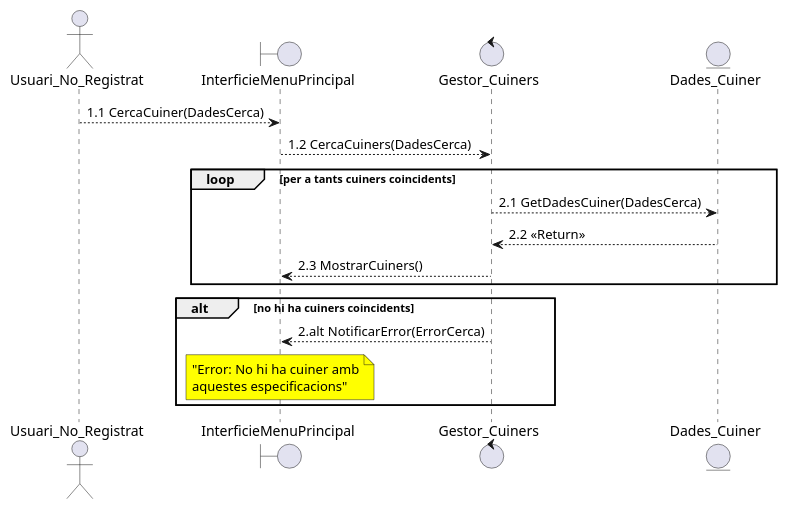
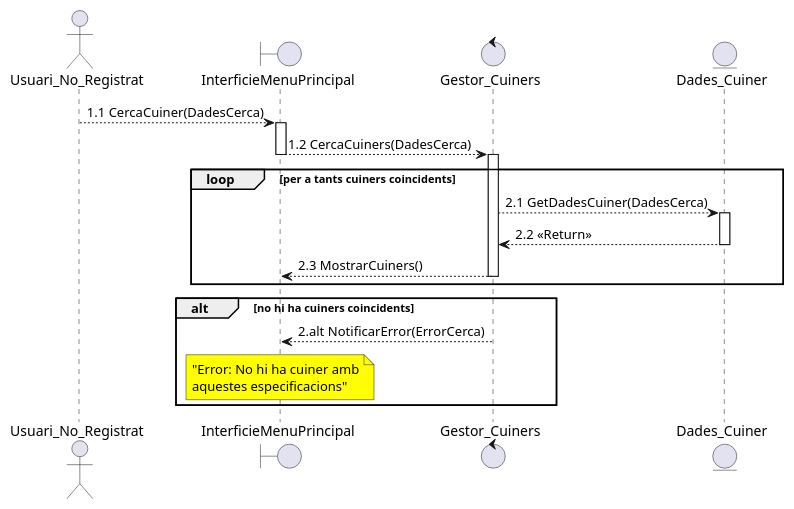
One commit to martipages/ES23UAB431-02 changed the diagram in documents/Diagrames i Especificacions/Seqüencia/ALEJANDRO/Cercar Cuiner.puml. Above: the diagram before and after it, drawn with PlantUML. The commit also changed 5 other files, not shown here.

```diff
--- a/documents/Diagrames i Especificacions/Seqüencia/ALEJANDRO/Cercar Cuiner.puml
+++ b/documents/Diagrames i Especificacions/Seqüencia/ALEJANDRO/Cercar Cuiner.puml
@@ -1,26 +1,23 @@
 @startuml
 
 actor Usuari_No_Registrat as UsuariN
 boundary InterficieMenuPrincipal as interficie
 
 control Gestor_Cuiners as gestor
 entity Dades_Cuiner as cuiner
 
-UsuariN --> interficie : 1.1 CercaCuiner(DadesCerca)
-interficie --> gestor : 1.2 CercaCuiners(DadesCerca)
+UsuariN --> interficie ++: 1.1 CercaCuiner(DadesCerca)
+interficie --> gestor --++: 1.2 CercaCuiners(DadesCerca)
 
 loop per a tants cuiners coincidents
-gestor --> cuiner : 2.1 GetDadesCuiner(DadesCerca)
-cuiner --> gestor : 2.2 <<Return>>
-gestor --> interficie : 2.3 MostrarCuiners()
+gestor --> cuiner ++: 2.1 GetDadesCuiner(DadesCerca)
+cuiner --> gestor --: 2.2 <<Return>>
+gestor --> interficie --: 2.3 MostrarCuiners()
 end
 
 alt no hi ha cuiners coincidents
  gestor --> interficie : 2.alt NotificarError(ErrorCerca)
  note over interficie #Yellow : "Error: No hi ha cuiner amb\naquestes especificacions"
 end 
 
-
-
-
 @enduml
```
